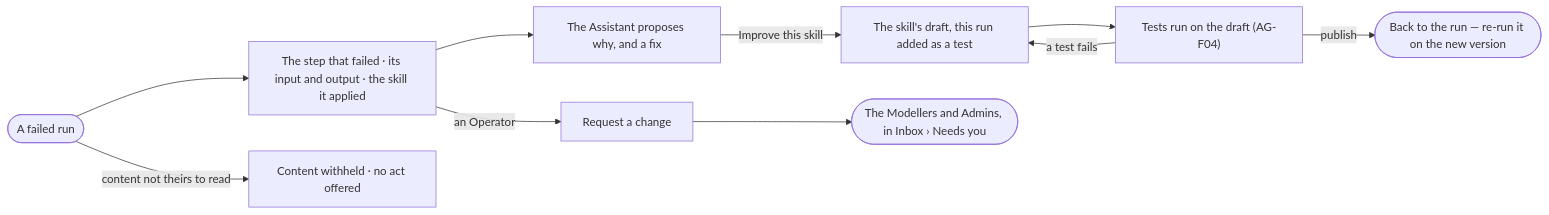
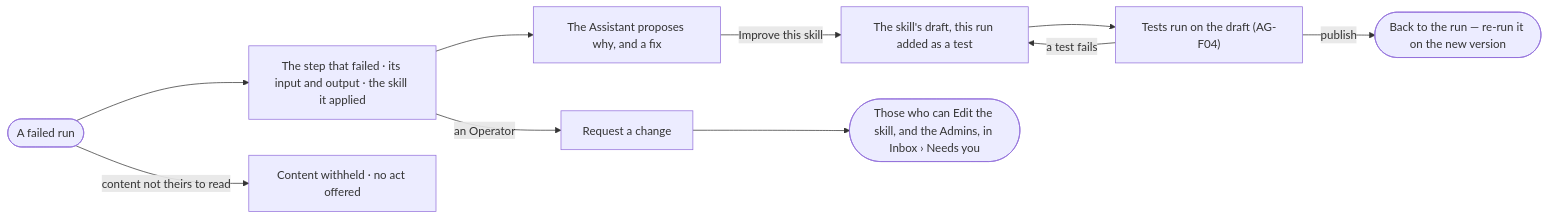
Before and after one commit to invana/invana: the diagram in specs/os/control/features/CP-F10-runs-and-how-the-agents-are-doing/stories/CP-56-turn-a-failed-run-into-a-better-skill/story.md, drawn with Mermaid. The commit also changed other lines of this file and 228 other files, not shown here.

````diff
--- a/specs/os/control/features/CP-F10-runs-and-how-the-agents-are-doing/stories/CP-56-turn-a-failed-run-into-a-better-skill/story.md
+++ b/specs/os/control/features/CP-F10-runs-and-how-the-agents-are-doing/stories/CP-56-turn-a-failed-run-into-a-better-skill/story.md
@@ -26,11 +26,11 @@
 ```mermaid
 flowchart LR
   r([A failed run]) --> s["The step that failed · its input and output · the skill it applied"]
   r -->|content not theirs to read| w["Content withheld · no act offered"]
   s --> p["The Assistant proposes why, and a fix"]
   p -->|Improve this skill| d["The skill's draft, this run added as a test"]
   d --> t["Tests run on the draft (AG-F04)"]
   t -->|publish| b(["Back to the run — re-run it on the new version"])
   t -->|a test fails| d
-  s -->|an Operator| q["Request a change"] --> i(["The Modellers and Admins, in Inbox › Needs you"])
+  s -->|an Operator| q["Request a change"] --> i(["Those who can Edit the skill, and the Admins, in Inbox › Needs you"])
 ```
````
